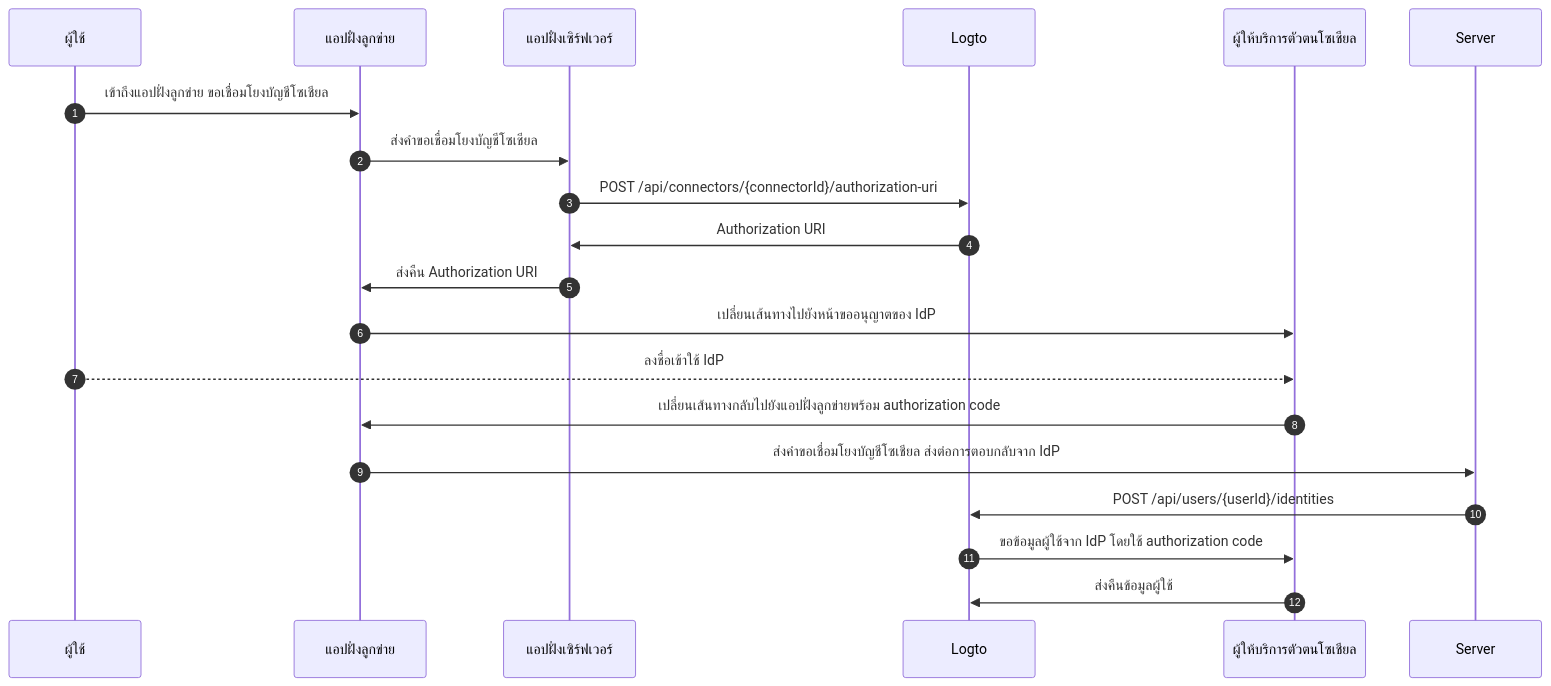
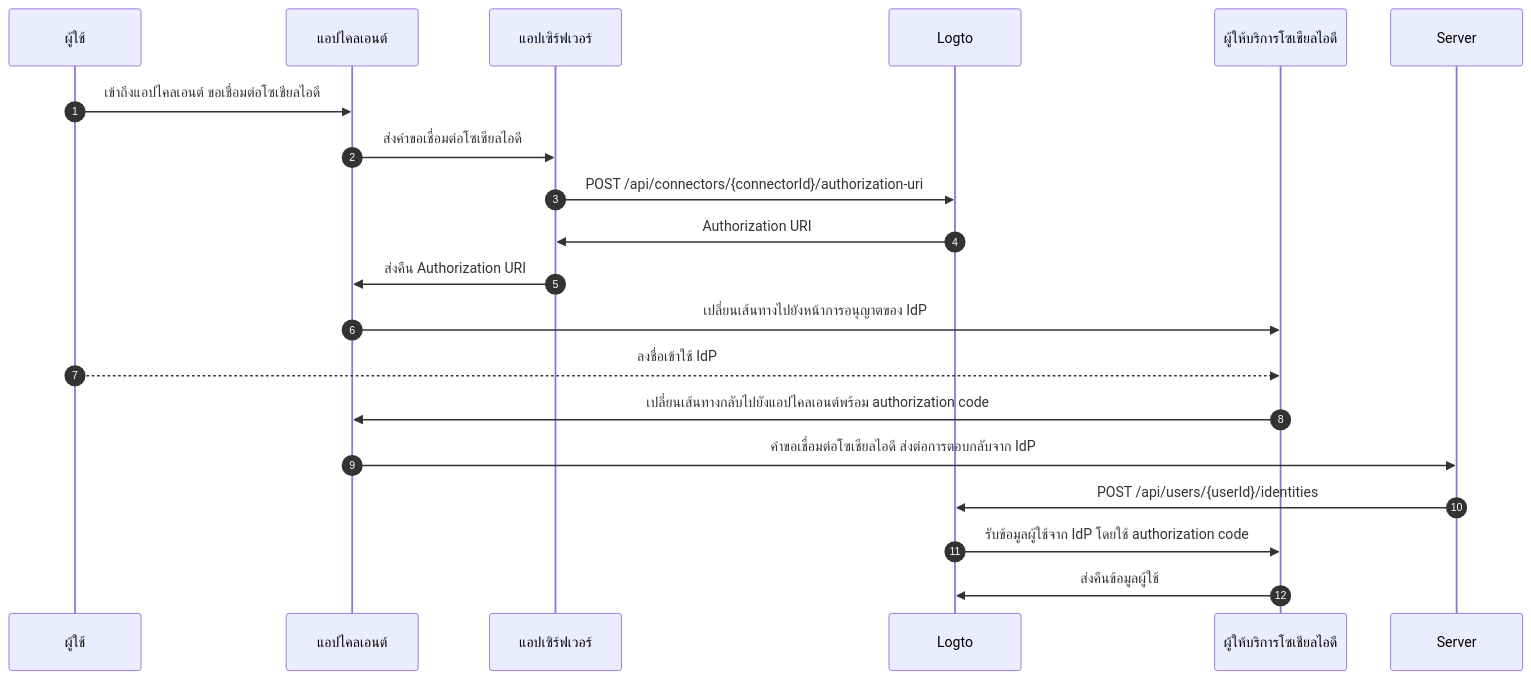
Before and after one commit to logto-io/docs: the third of 3 diagrams in i18n/th/docusaurus-plugin-content-docs/current/end-user-flows/account-settings/by-management-api.mdx, drawn with Mermaid. The commit also changed other lines of this file and 74 other files, not shown here.

````diff
--- a/i18n/th/docusaurus-plugin-content-docs/current/end-user-flows/account-settings/by-management-api.mdx
+++ b/i18n/th/docusaurus-plugin-content-docs/current/end-user-flows/account-settings/by-management-api.mdx
@@ -120,22 +120,22 @@
 ```mermaid
 sequenceDiagram
     autoNumber
     participant User as ผู้ใช้
-    participant Client as แอปฝั่งลูกข่าย
-    participant App as แอปฝั่งเซิร์ฟเวอร์
+    participant Client as แอปไคลเอนต์
+    participant App as แอปเซิร์ฟเวอร์
     participant Logto as Logto
-    participant IdP as ผู้ให้บริการตัวตนโซเชียล
+    participant IdP as ผู้ให้บริการโซเชียลไอดี
 
-    User ->> Client: เข้าถึงแอปฝั่งลูกข่าย ขอเชื่อมโยงบัญชีโซเชียล
-    Client ->> App: ส่งคำขอเชื่อมโยงบัญชีโซเชียล
+    User ->> Client: เข้าถึงแอปไคลเอนต์ ขอเชื่อมต่อโซเชียลไอดี
+    Client ->> App: ส่งคำขอเชื่อมต่อโซเชียลไอดี
     App ->> Logto: POST /api/connectors/{connectorId}/authorization-uri
     Logto ->> App: Authorization URI
     App ->> Client: ส่งคืน Authorization URI
-    Client ->> IdP: เปลี่ยนเส้นทางไปยังหน้าขออนุญาตของ IdP
+    Client ->> IdP: เปลี่ยนเส้นทางไปยังหน้าการอนุญาตของ IdP
     User -->> IdP: ลงชื่อเข้าใช้ IdP
-    IdP ->> Client: เปลี่ยนเส้นทางกลับไปยังแอปฝั่งลูกข่ายพร้อม authorization code
-    Client ->> Server: ส่งคำขอเชื่อมโยงบัญชีโซเชียล ส่งต่อการตอบกลับจาก IdP
+    IdP ->> Client: เปลี่ยนเส้นทางกลับไปยังแอปไคลเอนต์พร้อม authorization code
+    Client ->> Server: คำขอเชื่อมต่อโซเชียลไอดี ส่งต่อการตอบกลับจาก IdP
     Server ->> Logto: POST /api/users/{userId}/identities
-    Logto ->> IdP: ขอข้อมูลผู้ใช้จาก IdP โดยใช้ authorization code
+    Logto ->> IdP: รับข้อมูลผู้ใช้จาก IdP โดยใช้ authorization code
     IdP ->> Logto: ส่งคืนข้อมูลผู้ใช้
 ```
````
